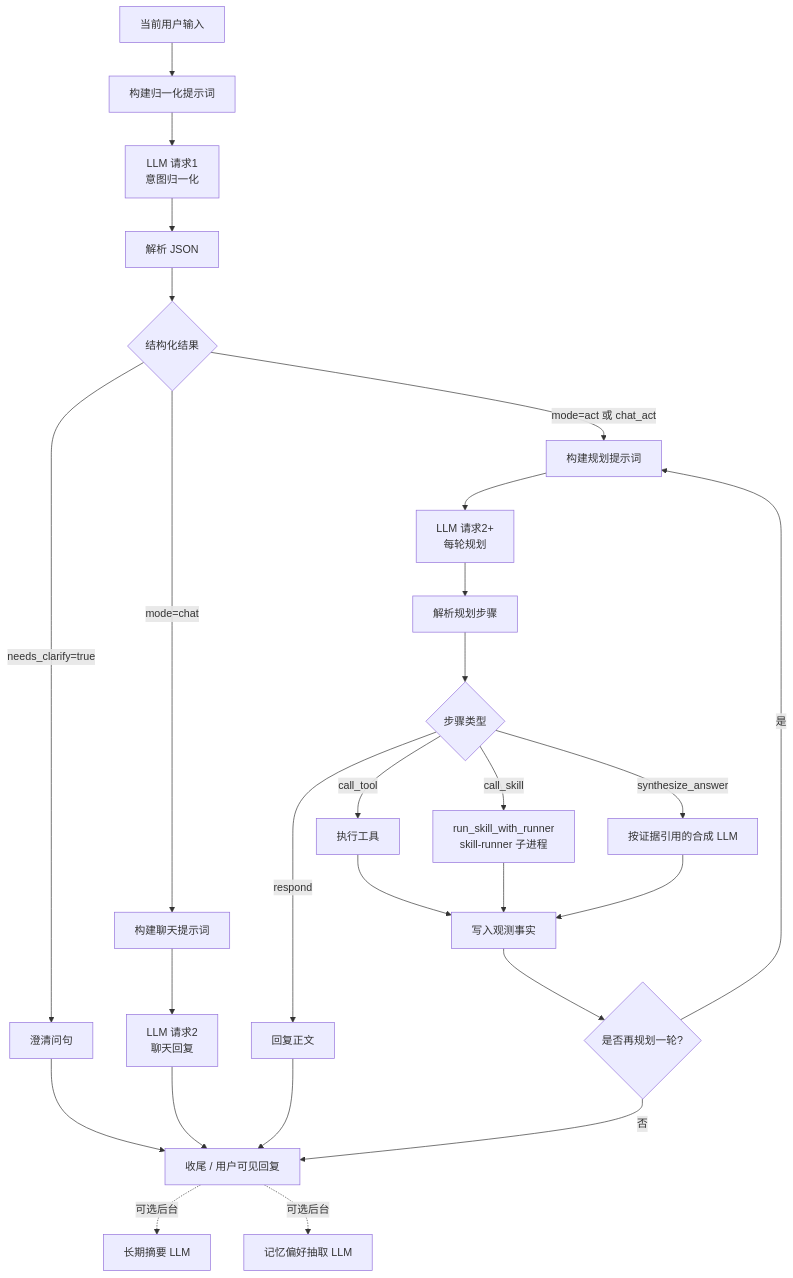
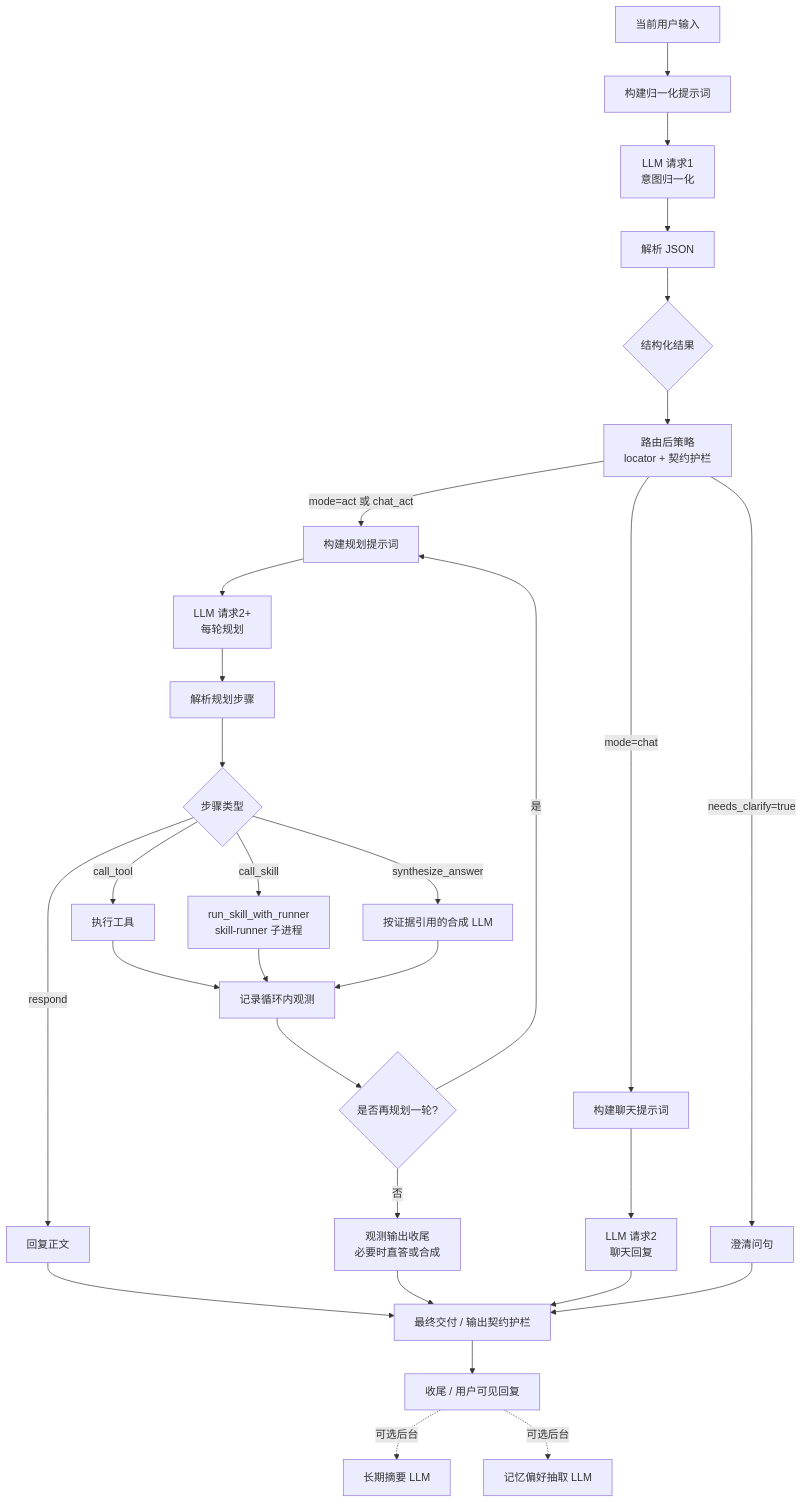
One commit to MatrixCoreX/RustClaw changed the second of 2 diagrams in README.zh-CN.md. Above: the diagram before and after it, drawn with Mermaid. The commit also changed other lines of this file and 1 other file, not shown here.

Commit message:
docs: update planner-first architecture diagrams

````diff
--- a/README.zh-CN.md
+++ b/README.zh-CN.md
@@ -74,29 +80,32 @@
 ```mermaid
 flowchart TD
     A[当前用户输入] --> B[构建归一化提示词]
     B --> C[LLM 请求1<br/>意图归一化]
     C --> D[解析 JSON]
     D --> E{结构化结果}
-    E -->|needs_clarify=true| F[澄清问句]
-    E -->|mode=chat| G[构建聊天提示词]
-    E -->|mode=act 或 chat_act| H[构建规划提示词]
+    E --> E2[路由后策略<br/>locator + 契约护栏]
+    E2 -->|needs_clarify=true| F[澄清问句]
+    E2 -->|mode=chat| G[构建聊天提示词]
+    E2 -->|mode=act 或 chat_act| H[构建规划提示词]
     G --> Ic[LLM 请求2<br/>聊天回复]
-    Ic --> S[收尾 / 用户可见回复]
-    F --> S
     H --> Ip[LLM 请求2+<br/>每轮规划]
     Ip --> J[解析规划步骤]
     J --> K{步骤类型}
     K -->|respond| L[回复正文]
     K -->|call_tool| M[执行工具]
     K -->|call_skill| Ms[run_skill_with_runner<br/>skill-runner 子进程]
     K -->|synthesize_answer| N[按证据引用的合成 LLM]
-    M --> O[写入观测事实]
+    M --> O[记录循环内观测]
     Ms --> O
     N --> O
     O --> P{是否再规划一轮?}
     P -->|是| H
-    P -->|否| S
-    L --> S
+    P -->|否| Q[观测输出收尾<br/>必要时直答或合成]
+    L --> R[最终交付 / 输出契约护栏]
+    Q --> R
+    Ic --> R
+    F --> R
+    R --> S[收尾 / 用户可见回复]
     S -. 可选后台 .-> T[长期摘要 LLM]
     S -. 可选后台 .-> U[记忆偏好抽取 LLM]
 ```
````
